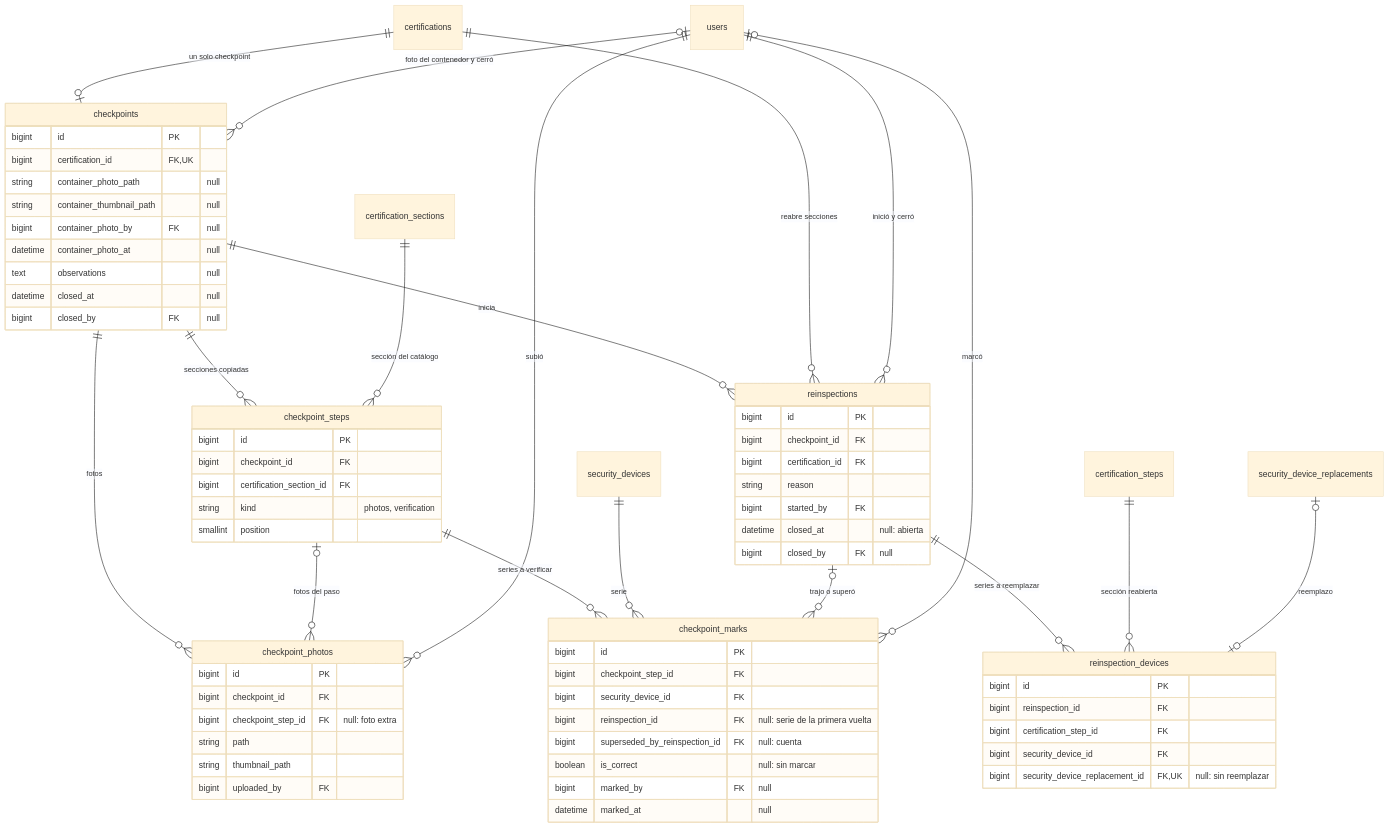
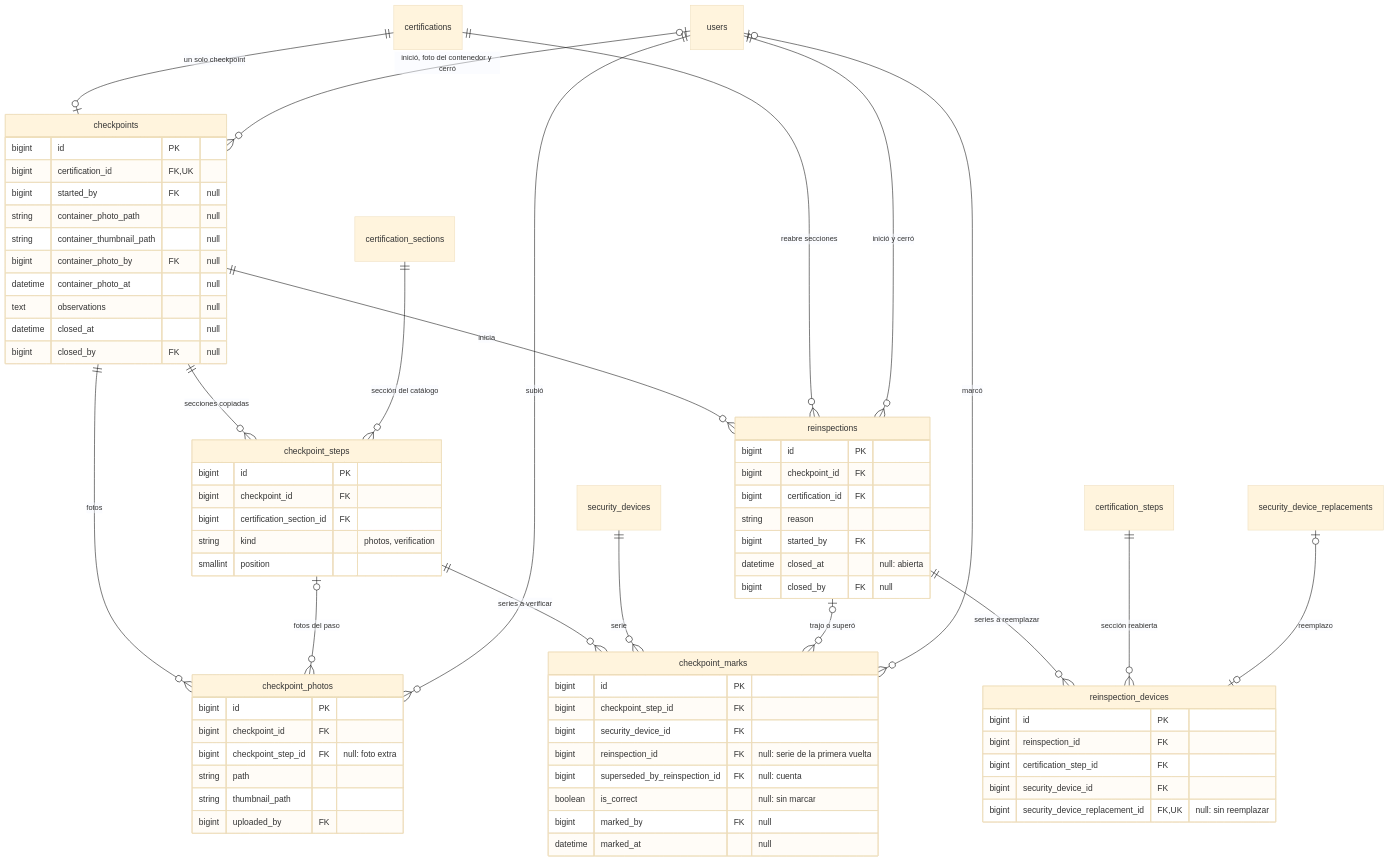
Before and after one commit to Cerati1998/SIGLA-TOS: diagram 13 of 13 in docs/database.md, drawn with Mermaid (base theme). The commit also changed other lines of this file and 1 other file, not shown here.

Commit message:
docs(H36): started_by en database.md y glosario

````diff
--- a/docs/database.md
+++ b/docs/database.md
@@ -576,73 +577,74 @@
 ```mermaid
 erDiagram
   certifications ||--o| checkpoints : "un solo checkpoint"
   checkpoints ||--o{ checkpoint_steps : "secciones copiadas"
   certification_sections ||--o{ checkpoint_steps : "sección del catálogo"
   checkpoints ||--o{ checkpoint_photos : "fotos"
   checkpoint_steps |o--o{ checkpoint_photos : "fotos del paso"
   checkpoint_steps ||--o{ checkpoint_marks : "series a verificar"
   security_devices ||--o{ checkpoint_marks : "serie"
   checkpoints ||--o{ reinspections : "inicia"
   certifications ||--o{ reinspections : "reabre secciones"
   reinspections ||--o{ reinspection_devices : "series a reemplazar"
   certification_steps ||--o{ reinspection_devices : "sección reabierta"
   security_device_replacements |o--o| reinspection_devices : "reemplazo"
   reinspections |o--o{ checkpoint_marks : "trajo o superó"
   users ||--o{ reinspections : "inició y cerró"
-  users |o--o{ checkpoints : "foto del contenedor y cerró"
+  users |o--o{ checkpoints : "inició, foto del contenedor y cerró"
   users ||--o{ checkpoint_photos : "subió"
   users |o--o{ checkpoint_marks : "marcó"
 
   checkpoints {
     bigint id PK
     bigint certification_id FK, UK
+    bigint started_by FK "null"
     string container_photo_path "null"
     string container_thumbnail_path "null"
     bigint container_photo_by FK "null"
     datetime container_photo_at "null"
     text observations "null"
     datetime closed_at "null"
     bigint closed_by FK "null"
   }
   checkpoint_steps {
     bigint id PK
     bigint checkpoint_id FK
     bigint certification_section_id FK
     string kind "photos, verification"
     smallint position
   }
   checkpoint_photos {
     bigint id PK
     bigint checkpoint_id FK
     bigint checkpoint_step_id FK "null: foto extra"
     string path
     string thumbnail_path
     bigint uploaded_by FK
   }
   checkpoint_marks {
     bigint id PK
     bigint checkpoint_step_id FK
     bigint security_device_id FK
     bigint reinspection_id FK "null: serie de la primera vuelta"
     bigint superseded_by_reinspection_id FK "null: cuenta"
     boolean is_correct "null: sin marcar"
     bigint marked_by FK "null"
     datetime marked_at "null"
   }
   reinspections {
     bigint id PK
     bigint checkpoint_id FK
     bigint certification_id FK
     string reason
     bigint started_by FK
     datetime closed_at "null: abierta"
     bigint closed_by FK "null"
   }
   reinspection_devices {
     bigint id PK
     bigint reinspection_id FK
     bigint certification_step_id FK
     bigint security_device_id FK
     bigint security_device_replacement_id FK, UK "null: sin reemplazar"
   }
 ```
````
